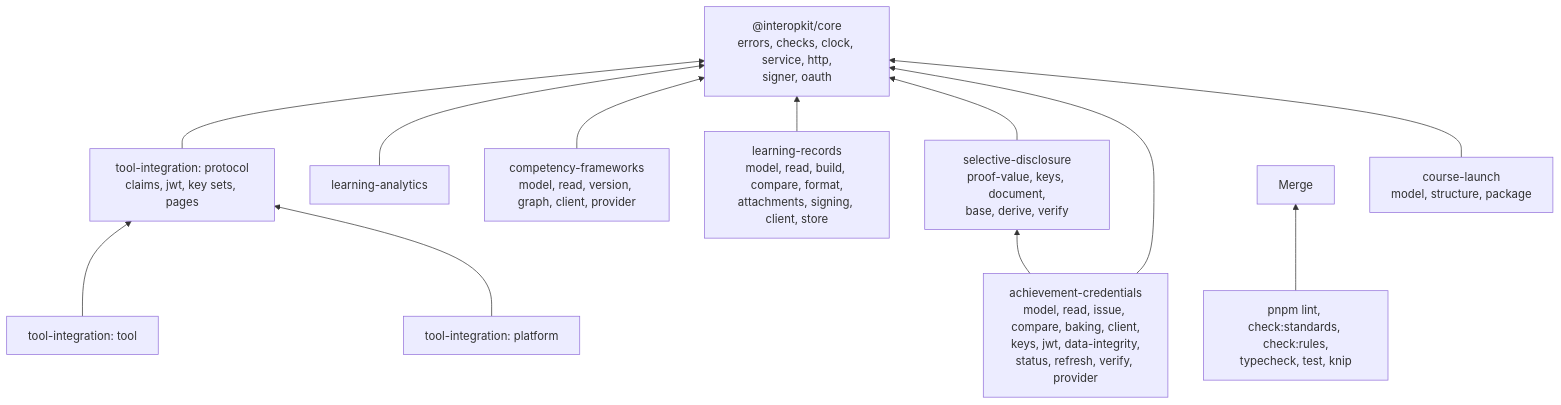
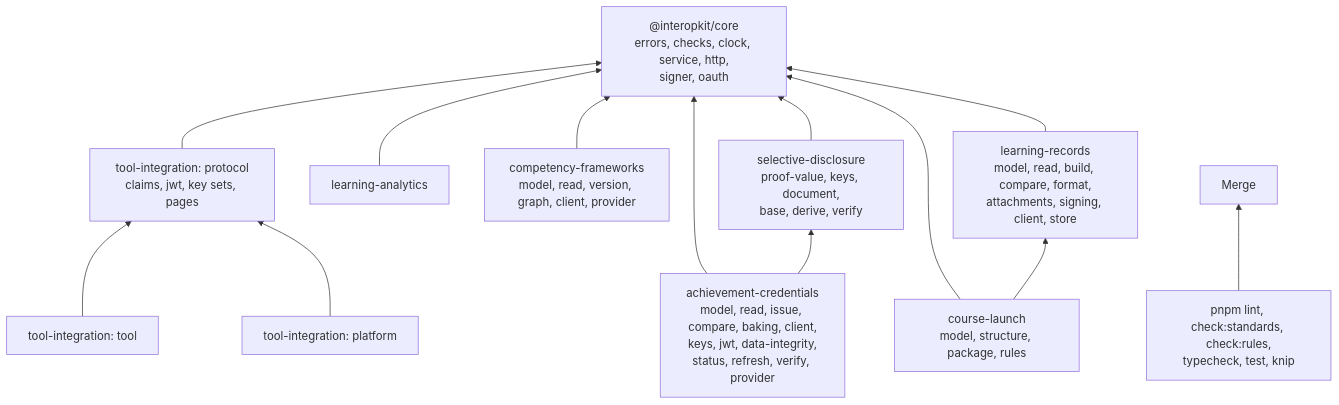
The diagram in AGENTS.md (interopkit/interopkit), drawn with Mermaid before and after one commit. The commit also changed other lines of this file and 33 other files, not shown here.

````diff
--- a/AGENTS.md
+++ b/AGENTS.md
@@ -17,24 +17,25 @@
 ```mermaid
 flowchart BT
   core["@interopkit/core<br/>errors, checks, clock, service, http,<br/>signer, oauth"]
   proto["tool-integration: protocol<br/>claims, jwt, key sets, pages"]
   tool["tool-integration: tool"]
   plat["tool-integration: platform"]
   la["learning-analytics"]
   cf["competency-frameworks<br/>model, read, version, graph, client, provider"]
   lr["learning-records<br/>model, read, build, compare, format,<br/>attachments, signing, client, store"]
   sd["selective-disclosure<br/>proof-value, keys, document,<br/>base, derive, verify"]
   ac["achievement-credentials<br/>model, read, issue, compare, baking, client,<br/>keys, jwt, data-integrity,<br/>status, refresh, verify, provider"]
-  cl["course-launch<br/>model, structure, package"]
+  cl["course-launch<br/>model, structure, package, rules"]
   proto --> core
   tool --> proto
   plat --> proto
   la --> core
   cf --> core
   lr --> core
   sd --> core
   ac --> core
   ac --> sd
   cl --> core
+  cl --> lr
   gates["pnpm lint, check:standards, check:rules,<br/>typecheck, test, knip"] --> merge["Merge"]
 ```
````
